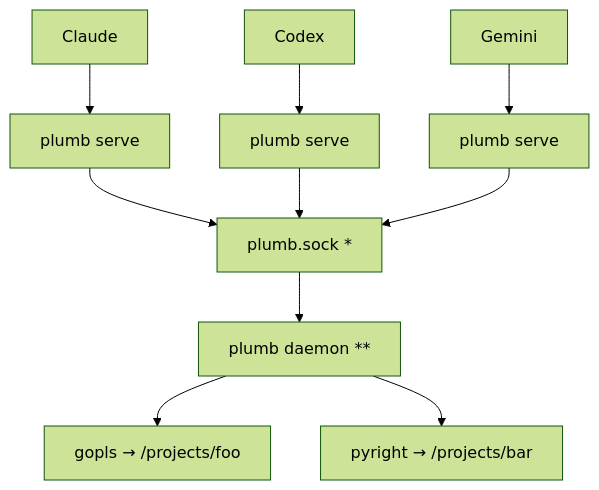
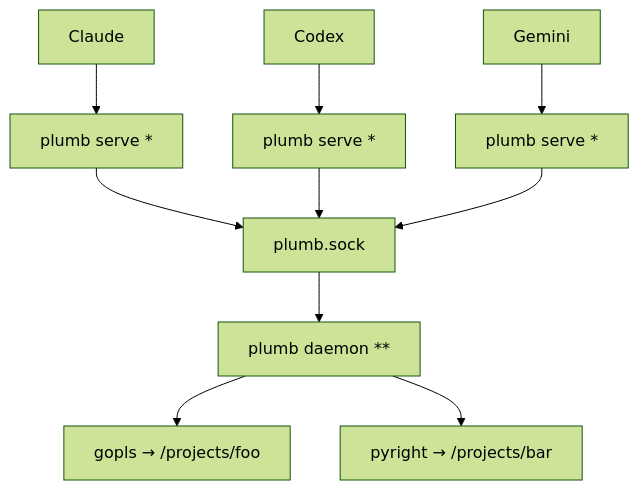
The diagram in README.md (plumbkit/plumb), drawn with Mermaid (forest theme) before and after one commit. The commit also changed other lines of this file, not shown here.

Commit message:
docs(readme): move diagram footnote to plumb serve, split footnotes onto own lines
The serve proxy (crash-resilient, replays the handshake) is the
interesting note; drop the socket-path footnote.

````diff
--- a/README.md
+++ b/README.md
@@ -121,12 +121,12 @@
 ```mermaid
 flowchart TD
-    A1["Claude"] --> S1["plumb serve"]
-    A2["Codex"] --> S2["plumb serve"]
-    A3["Gemini"] --> S3["plumb serve"]
-    S1 --> K["plumb.sock *"]
+    A1["Claude"] --> S1["plumb serve *"]
+    A2["Codex"] --> S2["plumb serve *"]
+    A3["Gemini"] --> S3["plumb serve *"]
+    S1 --> K["plumb.sock"]
     S2 --> K
     S3 --> K
     K --> D["plumb daemon **"]
     D --> G["gopls → /projects/foo"]
     D --> P["pyright → /projects/bar"]
 ```
````
